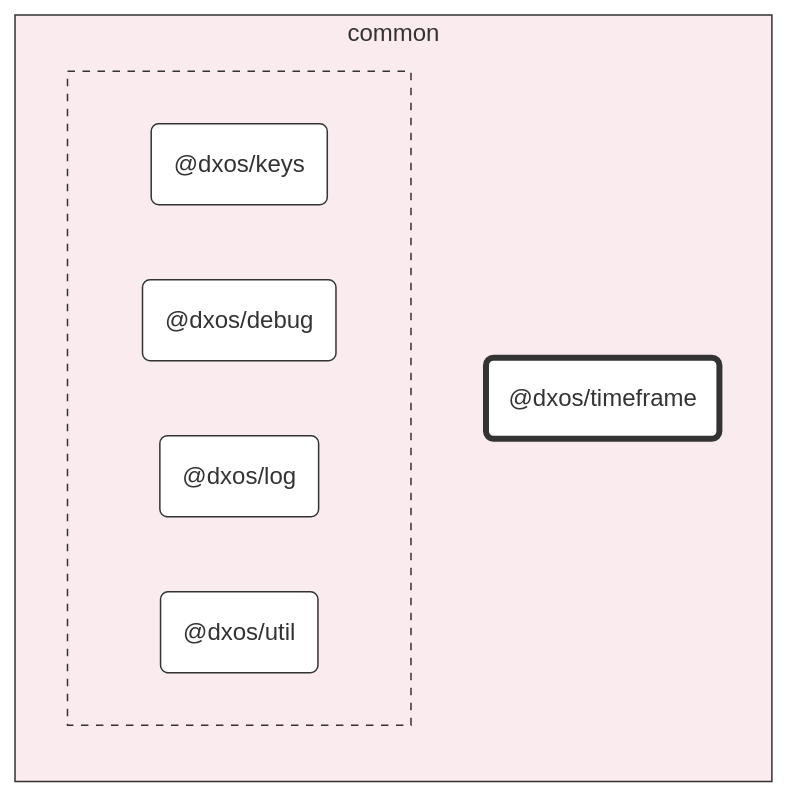
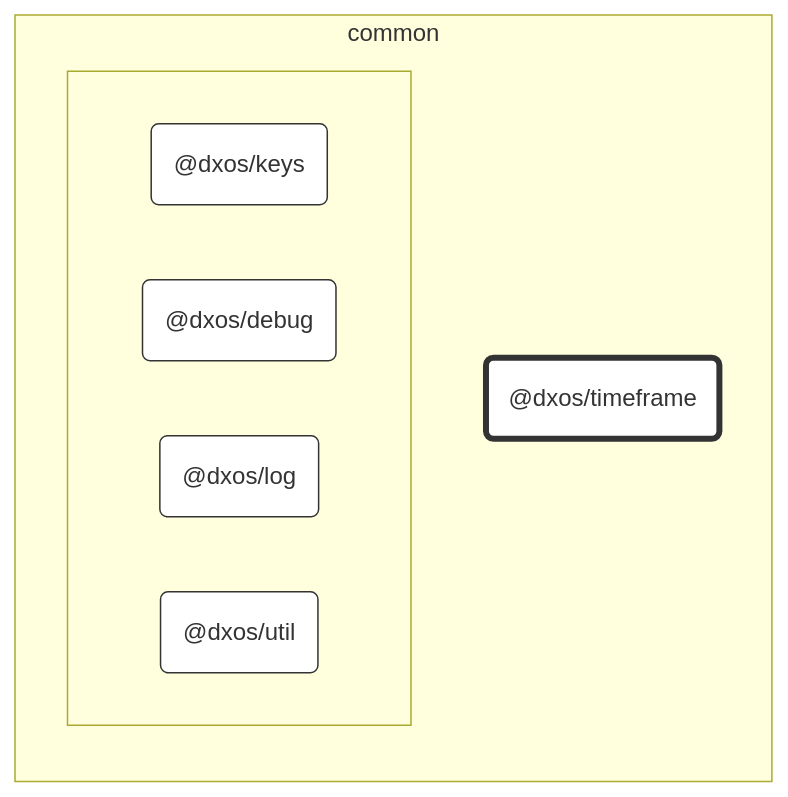
One commit to dxos/dxos changed the diagram in packages/common/timeframe/docs/README.md. Above: the diagram before and after it, drawn with Mermaid. The commit also changed 80 other files, not shown here.

````diff
--- a/packages/common/timeframe/docs/README.md
+++ b/packages/common/timeframe/docs/README.md
@@ -7,32 +7,30 @@
 ```mermaid
 %%{ init: {'flowchart':{'curve':'basis'}} }%%
 
 flowchart LR
 
 %% Classes
 classDef def fill:#fff,stroke:#333,stroke-width:1px
 classDef root fill:#fff,stroke:#333,stroke-width:4px
 
 %% Nodes
 
 subgraph common [common]
-  style common fill:#faebee,stroke:#333
   dxos/timeframe("@dxos/timeframe"):::root
   click dxos/timeframe "dxos/dxos/tree/main/packages/common/timeframe/docs"
 
   subgraph _ [ ]
-    style _ fill:#faebee,stroke:#333,stroke-dasharray:5 5
     dxos/keys("@dxos/keys"):::def
     click dxos/keys "dxos/dxos/tree/main/packages/common/keys/docs"
     dxos/debug("@dxos/debug"):::def
     click dxos/debug "dxos/dxos/tree/main/packages/common/debug/docs"
     dxos/log("@dxos/log"):::def
     click dxos/log "dxos/dxos/tree/main/packages/common/log/docs"
     dxos/util("@dxos/util"):::def
     click dxos/util "dxos/dxos/tree/main/packages/common/util/docs"
   end
 end
 
 %% Links
 linkStyle default stroke:#333,stroke-width:1px
 ```
````
